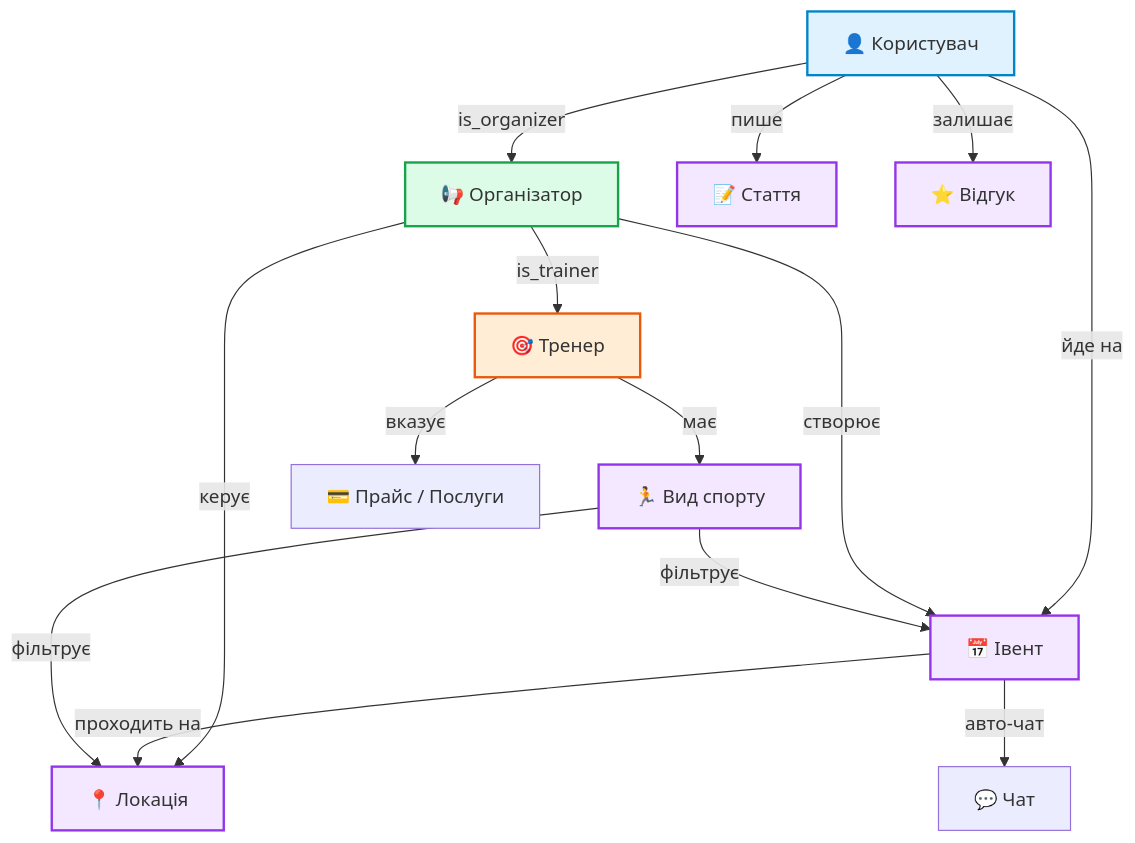
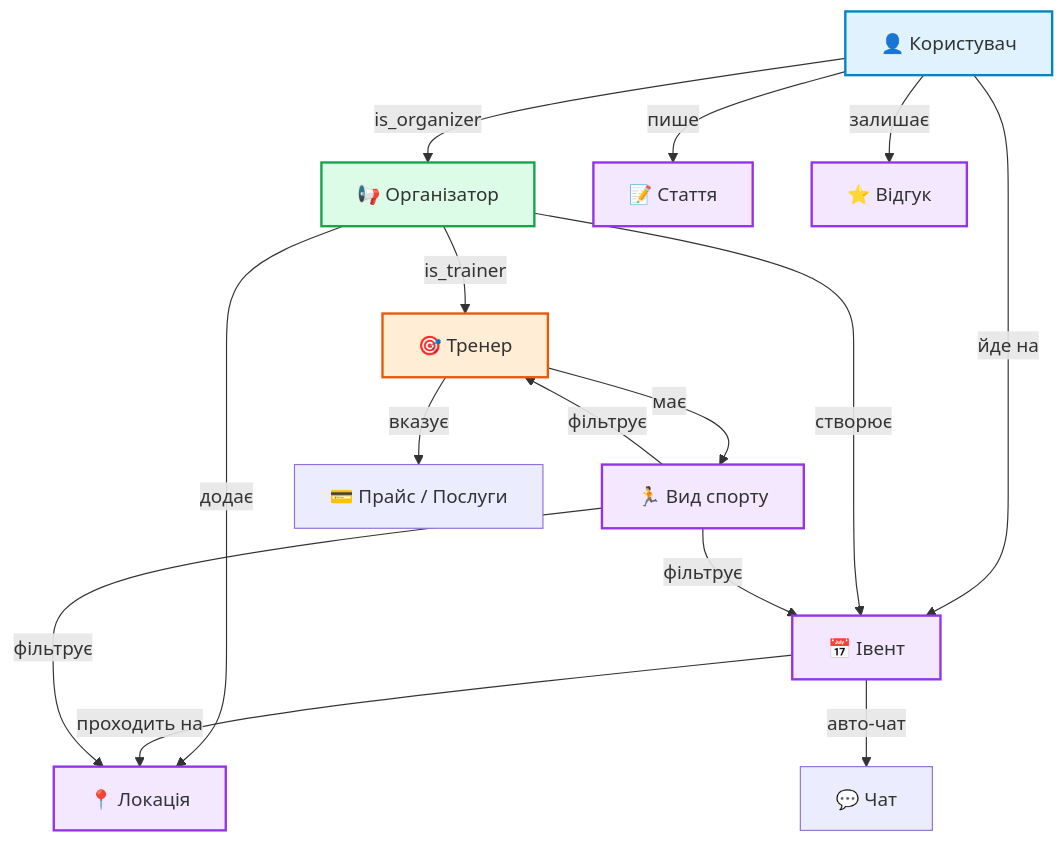
Before and after one commit to lingarmlana/na-sporti-documents: the diagram in README.md, drawn with Mermaid.

````diff
--- a/README.md
+++ b/README.md
@@ -3,25 +3,26 @@
 ```mermaid
 graph TD
     classDef base fill:#e0f2fe,stroke:#0284c7,stroke-width:2px;
     classDef org fill:#dcfce7,stroke:#16a34a,stroke-width:2px;
     classDef trainer fill:#ffedd5,stroke:#ea580c,stroke-width:2px;
     classDef content fill:#f3e8ff,stroke:#9333ea,stroke-width:2px;
 
     U[👤 Користувач]:::base -->|is_organizer| O[📢 Організатор]:::org
     O -->|is_trainer| T[🎯 Тренер]:::trainer
 
     U -->|пише| A[📝 Стаття]:::content
     U -->|залишає| R[⭐ Відгук]:::content
     U -->|йде на| E[📅 Івент]:::content
 
     O -->|створює| E
-    O -->|керує| L[📍 Локація]:::content
+    O -->|додає| L[📍 Локація]:::content
 
     T -->|має| S[🏃 Вид спорту]:::content
     T -->|вказує| P[💳 Прайс / Послуги]
 
     E -->|проходить на| L
     E -->|авто-чат| C[💬 Чат]
     S -->|фільтрує| E
     S -->|фільтрує| L
+    S -->|фільтрує| T
 ```
````
